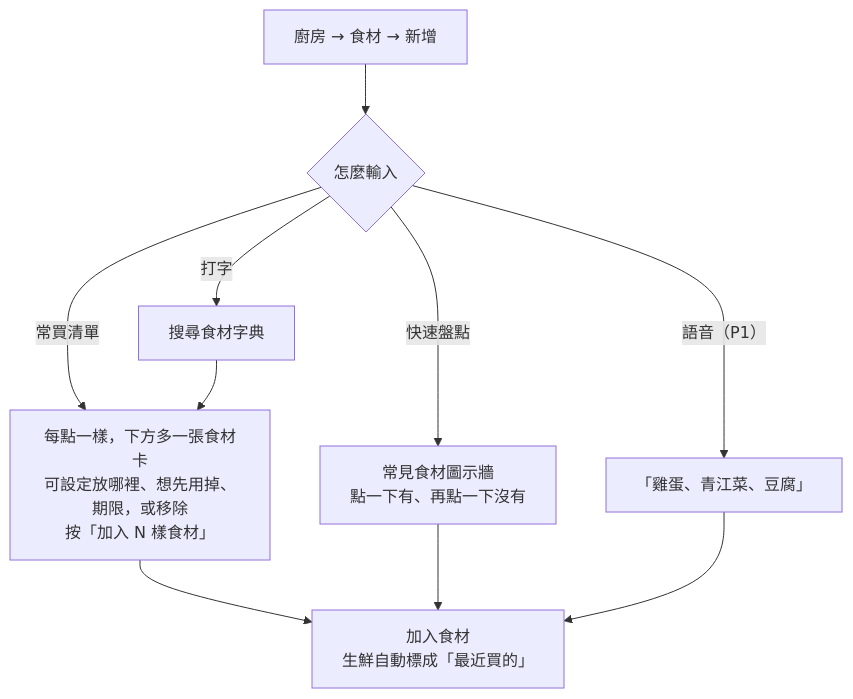
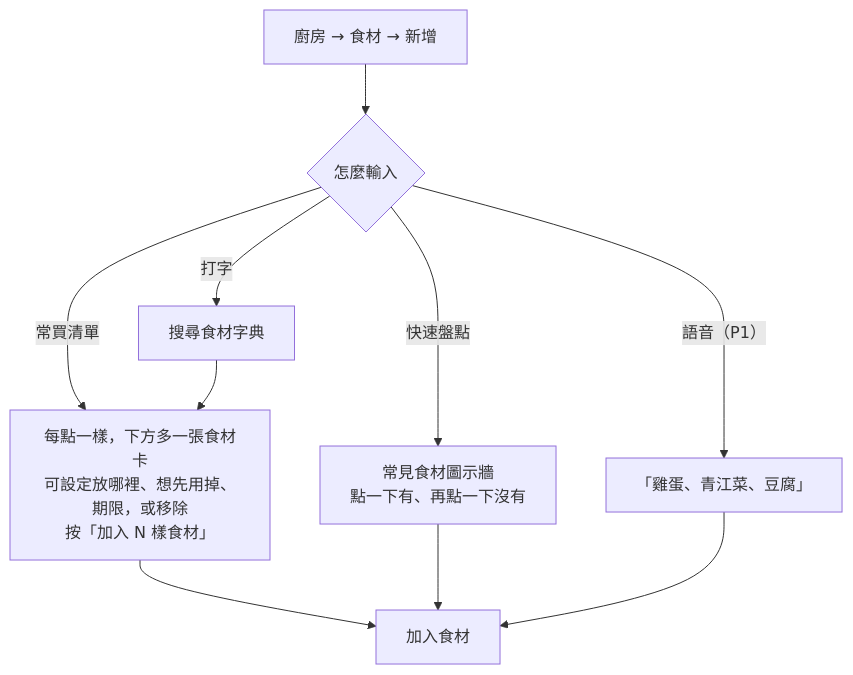
The fourth of 8 diagrams in docs/09-user-flows.md (LeeBoYin/cooking-recipe-app), drawn with Mermaid before and after one commit. The commit also changed other lines of this file and 21 other files, not shown here.

````diff
--- a/docs/09-user-flows.md
+++ b/docs/09-user-flows.md
@@ -124,12 +124,12 @@
 ```mermaid
 flowchart TD
   A[廚房 → 食材 → 新增] --> B{怎麼輸入}
   B -- 打字 --> C[搜尋食材字典]
   B -- 常買清單 --> D[每點一樣，下方多一張食材卡<br/>可設定放哪裡、想先用掉、期限，或移除<br/>按「加入 N 樣食材」]
   B -- 快速盤點 --> E[常見食材圖示牆<br/>點一下有、再點一下沒有]
   B -- 語音（P1） --> F[「雞蛋、青江菜、豆腐」]
   C --> D
-  D --> H[加入食材<br/>生鮮自動標成「最近買的」]
+  D --> H[加入食材]
   E --> H
   F --> H
 ```
````
